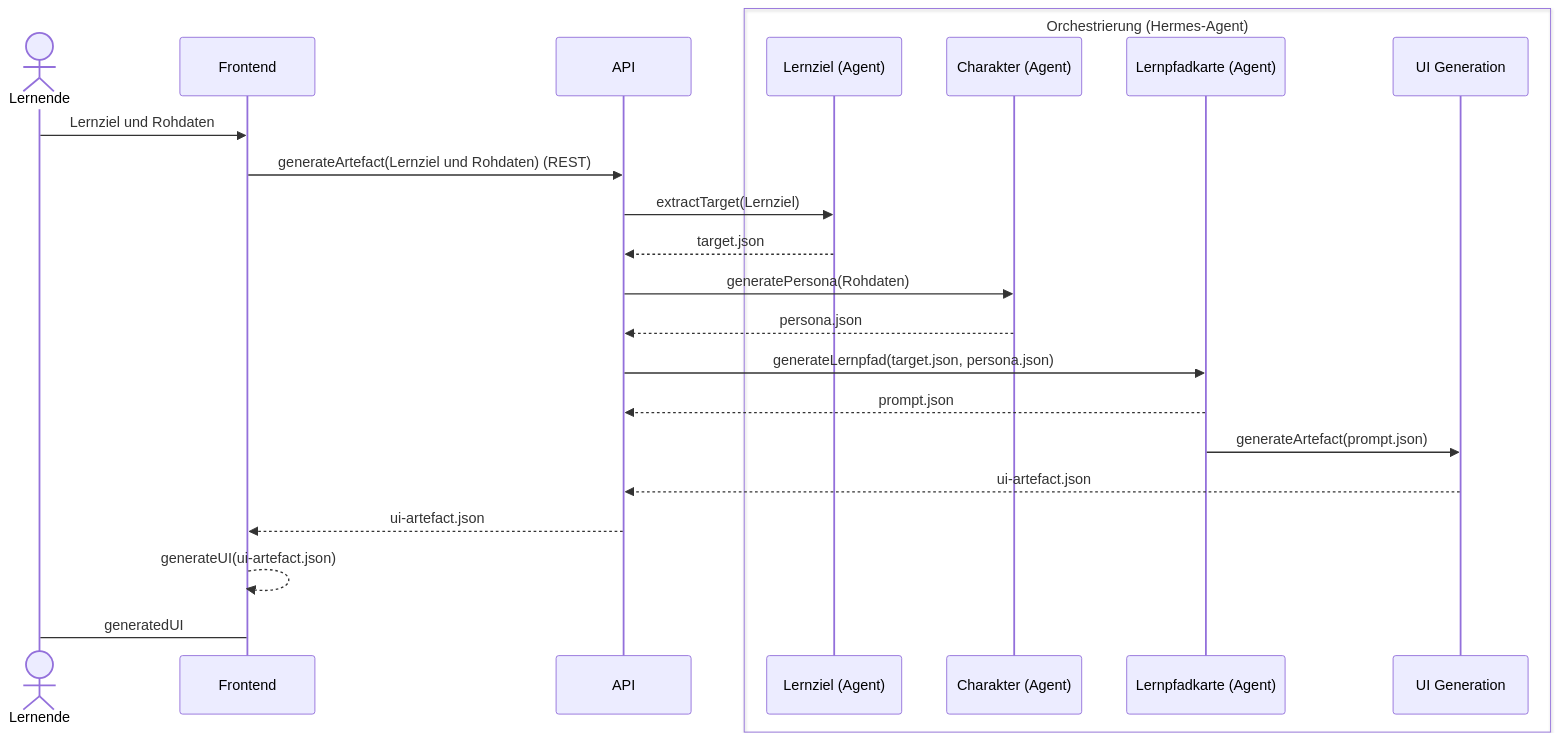
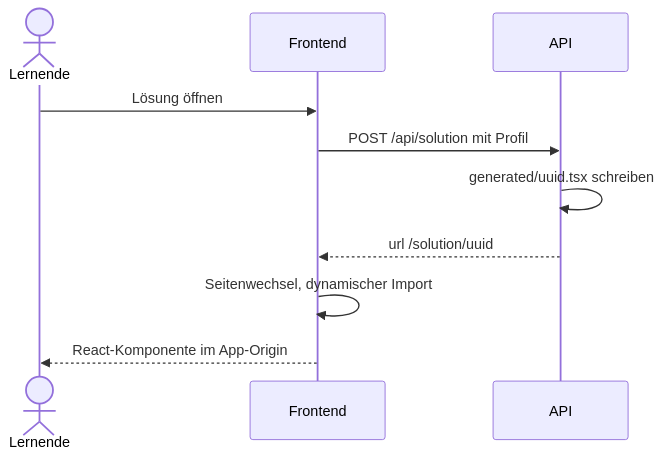
The third of 3 diagrams in doc/architecture/06-laufzeitsicht.md (jomatotu/learning-in-progress), drawn with Mermaid before and after one commit. The commit also changed other lines of this file, not shown here.

First line of the commit message:
docs: update architecture documentation for generative UI delivery

````diff
--- a/doc/architecture/06-laufzeitsicht.md
+++ b/doc/architecture/06-laufzeitsicht.md
@@ -37,27 +65,13 @@
 ```mermaid
 sequenceDiagram
   actor Lernende
   participant Frontend
   participant API
 
-  box Orchestrierung (Hermes-Agent)
-    participant Lernziel as Lernziel (Agent)
-    participant Charakter as Charakter (Agent)
-    participant Karte as Lernpfadkarte (Agent)
-    participant UI as UI Generation
-  end
-
-  Lernende->>Frontend: Lernziel und Rohdaten
-  Frontend->>API: generateArtefact(Lernziel und Rohdaten) (REST)
-  API->>Lernziel: extractTarget(Lernziel)
-  Lernziel-->>API: target.json
-  API->>Charakter: generatePersona(Rohdaten)
-  Charakter-->>API: persona.json
-  API->>Karte: generateLernpfad(target.json, persona.json)
-  Karte-->>API: prompt.json
-  Karte->>UI: generateArtefact(prompt.json)
-  UI-->>API: ui-artefact.json
-  API-->>Frontend: ui-artefact.json
-  Frontend-->>Frontend: generateUI(ui-artefact.json)
-  Frontend->Lernende: generatedUI
+  Lernende->>Frontend: Lösung öffnen
+  Frontend->>API: POST /api/solution mit Profil
+  API->>API: generated/uuid.tsx schreiben
+  API-->>Frontend: url /solution/uuid
+  Frontend->>Frontend: Seitenwechsel, dynamischer Import
+  Frontend-->>Lernende: React-Komponente im App-Origin
 ```
````
